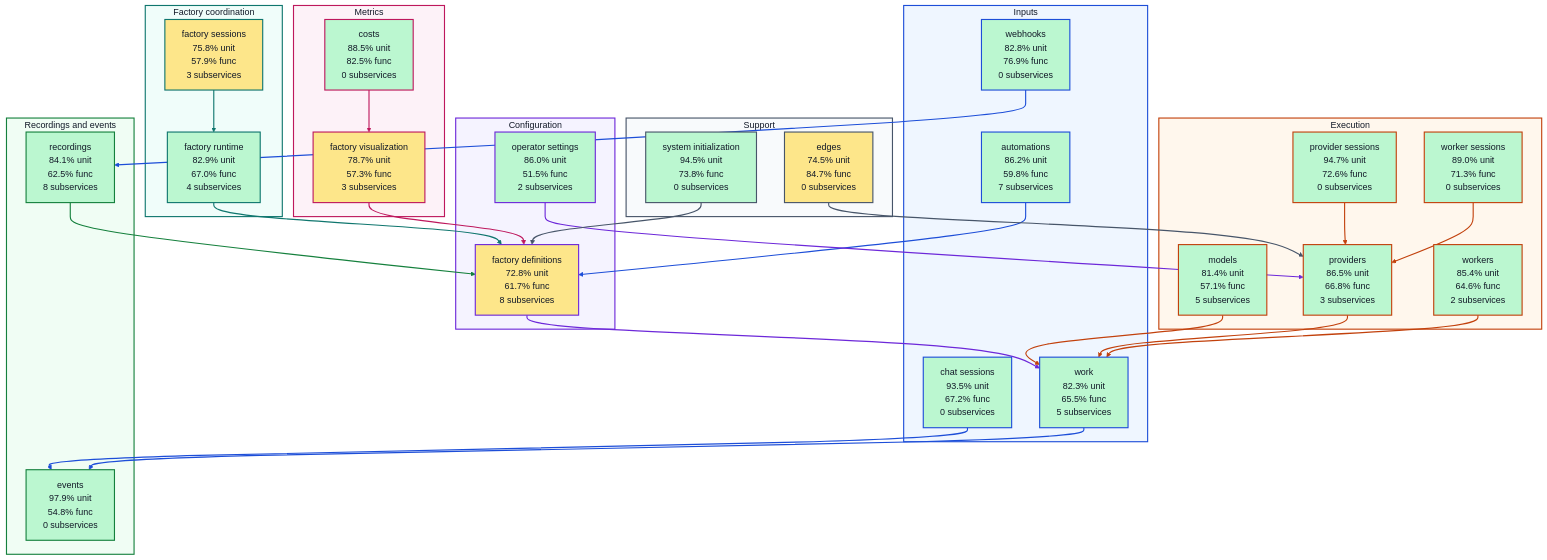
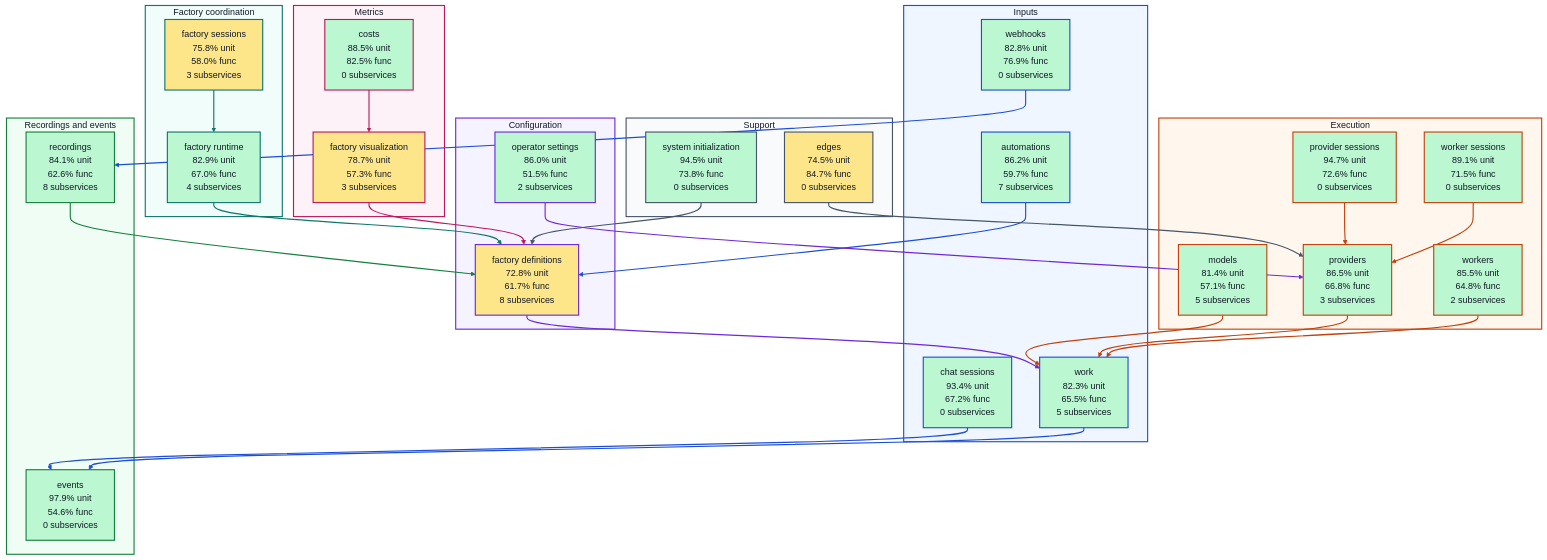
The diagram in docs/architecture/visualizations/high-level-test-coverage.md (portpowered/you-agent-factory), drawn with Mermaid before and after one commit. The commit also changed other lines of this file and 20 other files, not shown here.

Commit message:
docs: refresh backend architecture visualizations

````diff
--- a/docs/architecture/visualizations/high-level-test-coverage.md
+++ b/docs/architecture/visualizations/high-level-test-coverage.md
@@ -11,8 +11,8 @@
 ```mermaid
 flowchart TB
   subgraph input["Inputs"]
-    s_services_automations["automations<br/>86.2% unit<br/>59.8% func<br/>7 subservices"]
-    s_services_chat_sessions["chat sessions<br/>93.5% unit<br/>67.2% func<br/>0 subservices"]
+    s_services_automations["automations<br/>86.2% unit<br/>59.7% func<br/>7 subservices"]
+    s_services_chat_sessions["chat sessions<br/>93.4% unit<br/>67.2% func<br/>0 subservices"]
     s_services_webhooks["webhooks<br/>82.8% unit<br/>76.9% func<br/>0 subservices"]
     s_services_work["work<br/>82.3% unit<br/>65.5% func<br/>5 subservices"]
   end
@@ -22,18 +22,18 @@
   end
   subgraph coordination["Factory coordination"]
     s_services_factory_runtime["factory runtime<br/>82.9% unit<br/>67.0% func<br/>4 subservices"]
-    s_services_factory_sessions["factory sessions<br/>75.8% unit<br/>57.9% func<br/>3 subservices"]
+    s_services_factory_sessions["factory sessions<br/>75.8% unit<br/>58.0% func<br/>3 subservices"]
   end
   subgraph execution["Execution"]
     s_services_models["models<br/>81.4% unit<br/>57.1% func<br/>5 subservices"]
     s_services_provider_sessions["provider sessions<br/>94.7% unit<br/>72.6% func<br/>0 subservices"]
     s_services_providers["providers<br/>86.5% unit<br/>66.8% func<br/>3 subservices"]
-    s_services_worker_sessions["worker sessions<br/>89.0% unit<br/>71.3% func<br/>0 subservices"]
-    s_services_workers["workers<br/>85.4% unit<br/>64.6% func<br/>2 subservices"]
+    s_services_worker_sessions["worker sessions<br/>89.1% unit<br/>71.5% func<br/>0 subservices"]
+    s_services_workers["workers<br/>85.5% unit<br/>64.8% func<br/>2 subservices"]
   end
   subgraph recordings["Recordings and events"]
-    s_services_events["events<br/>97.9% unit<br/>54.8% func<br/>0 subservices"]
-    s_services_recordings["recordings<br/>84.1% unit<br/>62.5% func<br/>8 subservices"]
+    s_services_events["events<br/>97.9% unit<br/>54.6% func<br/>0 subservices"]
+    s_services_recordings["recordings<br/>84.1% unit<br/>62.6% func<br/>8 subservices"]
   end
   subgraph metrics["Metrics"]
     s_services_costs["costs<br/>88.5% unit<br/>82.5% func<br/>0 subservices"]
````
